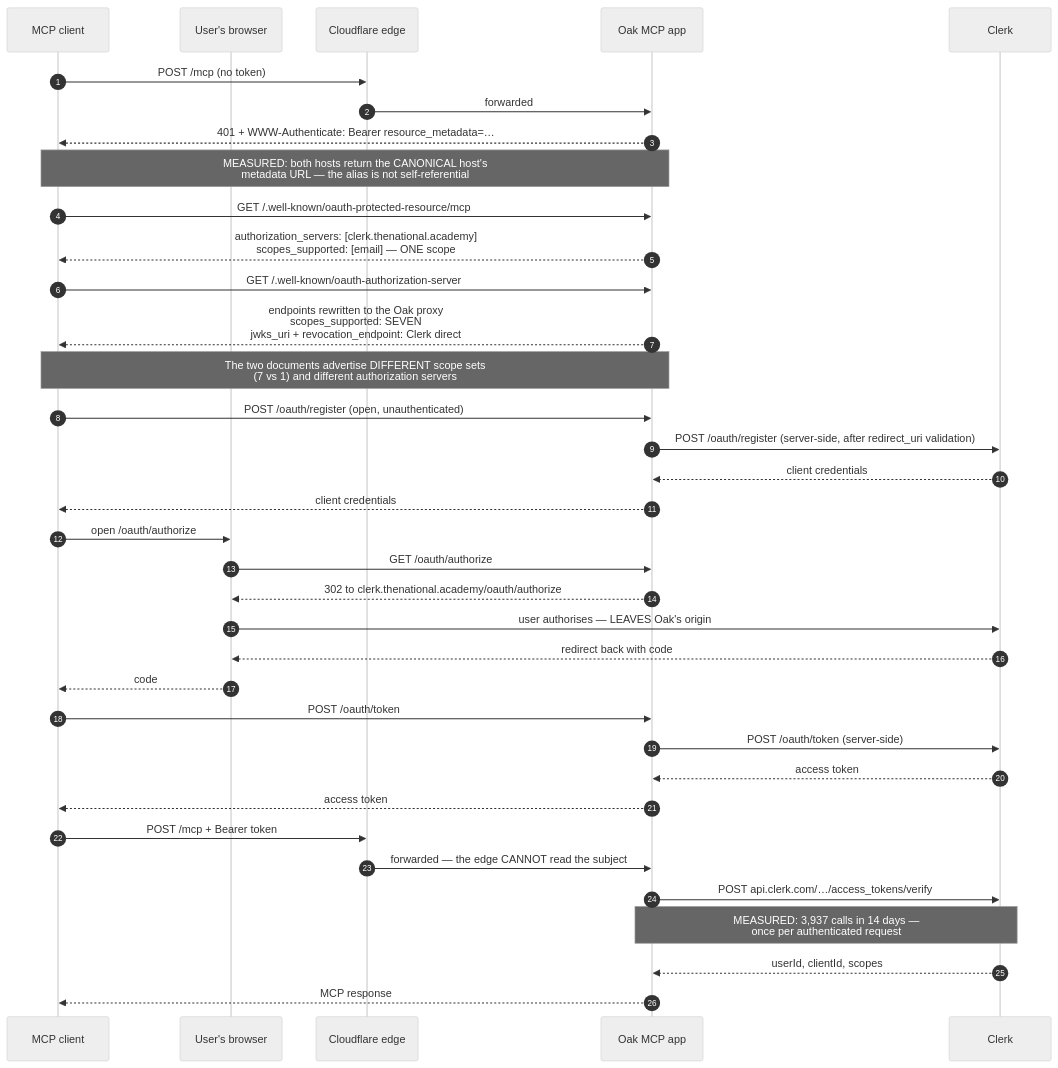
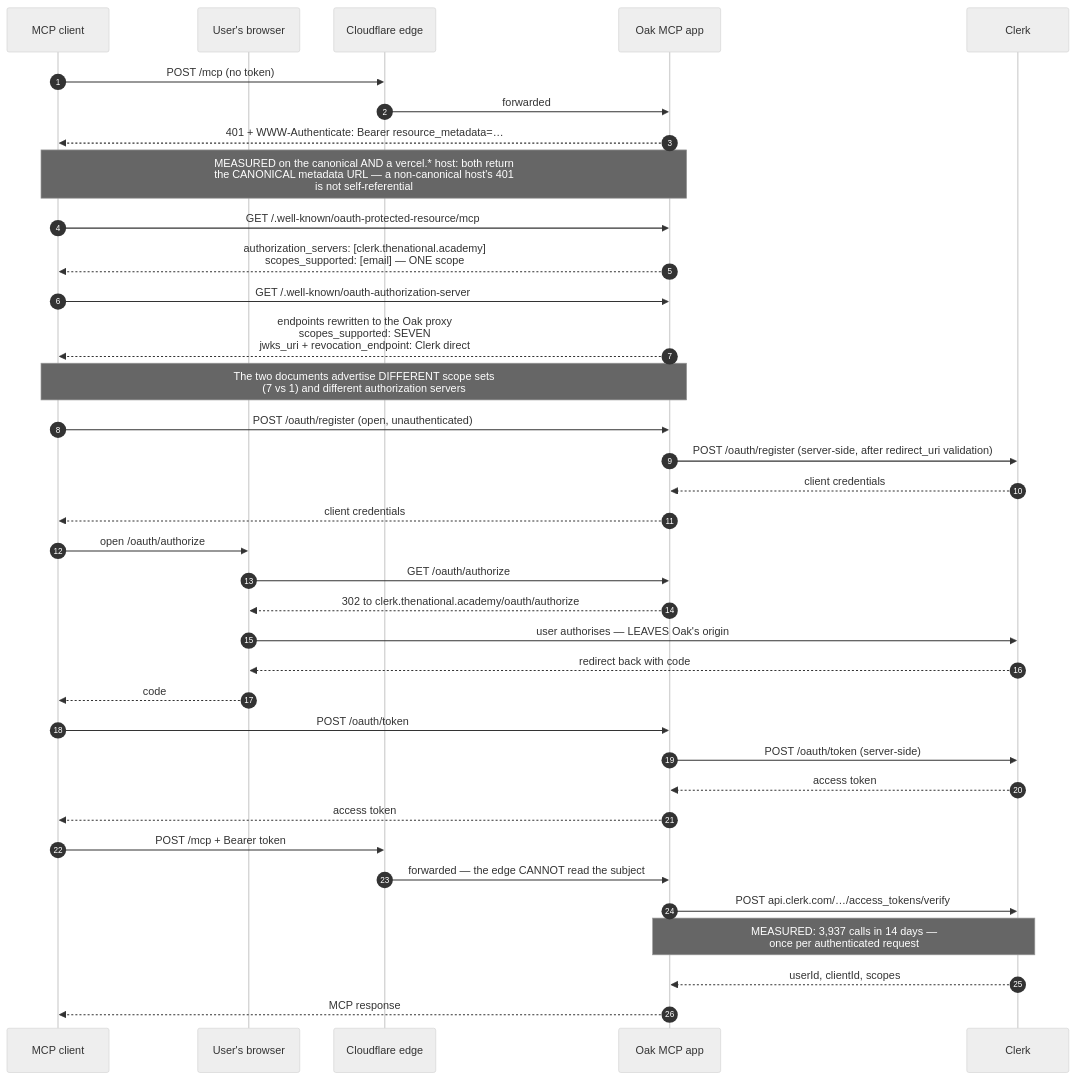
The second of 2 diagrams in docs/architecture/mcp-runtime-topology.md (oaknational/oak-open-curriculum-ecosystem), drawn with Mermaid (neutral theme) before and after one commit. The commit also changed other lines of this file, not shown here.

````diff
--- a/docs/architecture/mcp-runtime-topology.md
+++ b/docs/architecture/mcp-runtime-topology.md
@@ -392,41 +445,41 @@
 ```mermaid
 sequenceDiagram
     accTitle: MCP OAuth flow through the Oak proxy to Clerk
     accDescr: An MCP client POSTs to /mcp without a token and receives 401 with a WWW-Authenticate header naming the protected-resource metadata URL. It fetches that metadata and the authorization-server metadata, registers itself dynamically at the Oak proxy's open /oauth/register endpoint which forwards server-side to Clerk, redirects the user's browser to Clerk to authorise, exchanges the code for a token through the Oak proxy's /oauth/token which also forwards server-side to Clerk, and then calls /mcp with a bearer token. The Oak application verifies that token by calling Clerk's backend API on every request, after the Cloudflare edge has already passed the request through.
     autonumber
     participant C as MCP client
     participant B as User's browser
     participant CF as Cloudflare edge
     participant APP as Oak MCP app
     participant CK as Clerk
 
     C->>CF: POST /mcp (no token)
     CF->>APP: forwarded
     APP-->>C: 401 + WWW-Authenticate: Bearer resource_metadata=…
-    Note over C,APP: MEASURED: both hosts return the CANONICAL host's<br/>metadata URL — the alias is not self-referential
+    Note over C,APP: MEASURED on the canonical AND a vercel.* host: both return<br/>the CANONICAL metadata URL — a non-canonical host's 401<br/>is not self-referential
     C->>APP: GET /.well-known/oauth-protected-resource/mcp
     APP-->>C: authorization_servers: [clerk.thenational.academy]<br/>scopes_supported: [email] — ONE scope
     C->>APP: GET /.well-known/oauth-authorization-server
     APP-->>C: endpoints rewritten to the Oak proxy<br/>scopes_supported: SEVEN<br/>jwks_uri + revocation_endpoint: Clerk direct
     Note over C,APP: The two documents advertise DIFFERENT scope sets<br/>(7 vs 1) and different authorization servers
     C->>APP: POST /oauth/register (open, unauthenticated)
     APP->>CK: POST /oauth/register (server-side, after redirect_uri validation)
     CK-->>APP: client credentials
     APP-->>C: client credentials
     C->>B: open /oauth/authorize
     B->>APP: GET /oauth/authorize
     APP-->>B: 302 to clerk.thenational.academy/oauth/authorize
     B->>CK: user authorises — LEAVES Oak's origin
     CK-->>B: redirect back with code
     B-->>C: code
     C->>APP: POST /oauth/token
     APP->>CK: POST /oauth/token (server-side)
     CK-->>APP: access token
     APP-->>C: access token
     C->>CF: POST /mcp + Bearer token
     CF->>APP: forwarded — the edge CANNOT read the subject
     APP->>CK: POST api.clerk.com/…/access_tokens/verify
     Note over APP,CK: MEASURED: 3,937 calls in 14 days —<br/>once per authenticated request
     CK-->>APP: userId, clientId, scopes
     APP-->>C: MCP response
 ```
````
